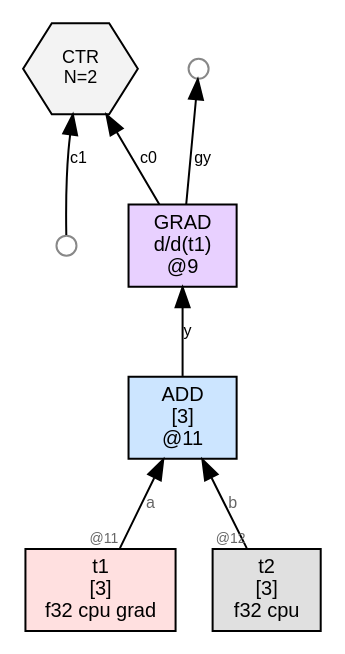
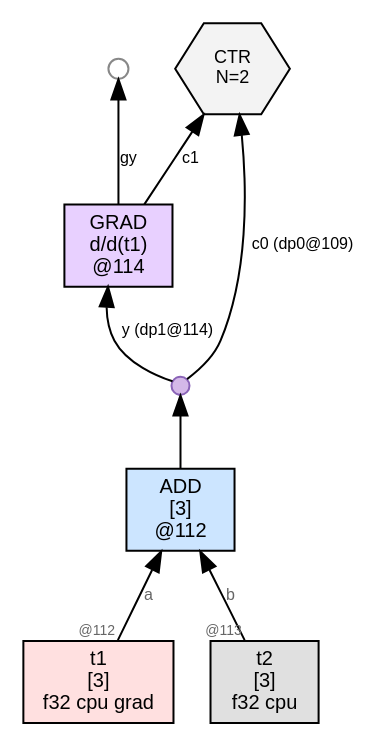
Before and after one commit to sw1sh/TinyHVM: the diagram in wl/examples/thvm_graphs/grad_rules/add/thvm_0_pre_reduce.dot, drawn with Graphviz. The commit also changed 193 other files, not shown here.

```diff
--- a/wl/examples/thvm_graphs/grad_rules/add/thvm_0_pre_reduce.dot
+++ b/wl/examples/thvm_graphs/grad_rules/add/thvm_0_pre_reduce.dot
@@ -1,19 +1,20 @@
 digraph G {
   rankdir=BT;
   node [fontname="Helvetica", fontsize=10, style=filled, shape=box, margin="0.1,0.05"];
   edge [fontsize=8, fontname="Helvetica"];
 
-  n9 [label="GRAD\nd/d(t1)\n@9", shape=box, fillcolor="#e8d0ff"];
-  n11 -> n9 [label="y"];
-  free9_1 [label="",shape=circle,width=0.14,height=0.14,fixedsize=true,fillcolor="#ffffff",color="#888888",fontsize=1];
-  n9 -> free9_1 [label="gy"];
-  n11 [label="ADD\n[3]\n@11", shape=box, fillcolor="#cce5ff"];
+  n114 [label="GRAD\nd/d(t1)\n@114", shape=box, fillcolor="#e8d0ff"];
+  dup111 [label="", shape=circle, width=0.12, height=0.12, fixedsize=true, fillcolor="#d4b8e8", color="#8a63b7", fontsize=1];
+  n112 -> dup111;
+  dup111 -> n114 [label="y (dp1@114)"];
+  free114_1 [label="",shape=circle,width=0.14,height=0.14,fixedsize=true,fillcolor="#ffffff",color="#888888",fontsize=1];
+  n114 -> free114_1 [label="gy"];
+  n112 [label="ADD\n[3]\n@112", shape=box, fillcolor="#cce5ff"];
   t1 [label="t1\n[3]\nf32 cpu grad",shape=box,fillcolor="#ffe0e0"];
-  t1 -> n11 [label="a",taillabel="@11",labelfontsize=7,fontcolor="#666666"];
+  t1 -> n112 [label="a",taillabel="@112",labelfontsize=7,fontcolor="#666666"];
   t2 [label="t2\n[3]\nf32 cpu",shape=box,fillcolor="#e0e0e0"];
-  t2 -> n11 [label="b",taillabel="@12",labelfontsize=7,fontcolor="#666666"];
-  ctr7 [label="CTR\nN=2", shape=hexagon, fillcolor="#f3f3f3", fontsize=9];
-  n9 -> ctr7 [label="c0"];
-  free7_1 [label="",shape=circle,width=0.14,height=0.14,fixedsize=true,fillcolor="#ffffff",color="#888888",fontsize=1];
-  free7_1 -> ctr7 [label="c1"];
+  t2 -> n112 [label="b",taillabel="@113",labelfontsize=7,fontcolor="#666666"];
+  ctr109 [label="CTR\nN=2", shape=hexagon, fillcolor="#f3f3f3", fontsize=9];
+  dup111 -> ctr109 [label="c0 (dp0@109)"];
+  n114 -> ctr109 [label="c1"];
 }
```
